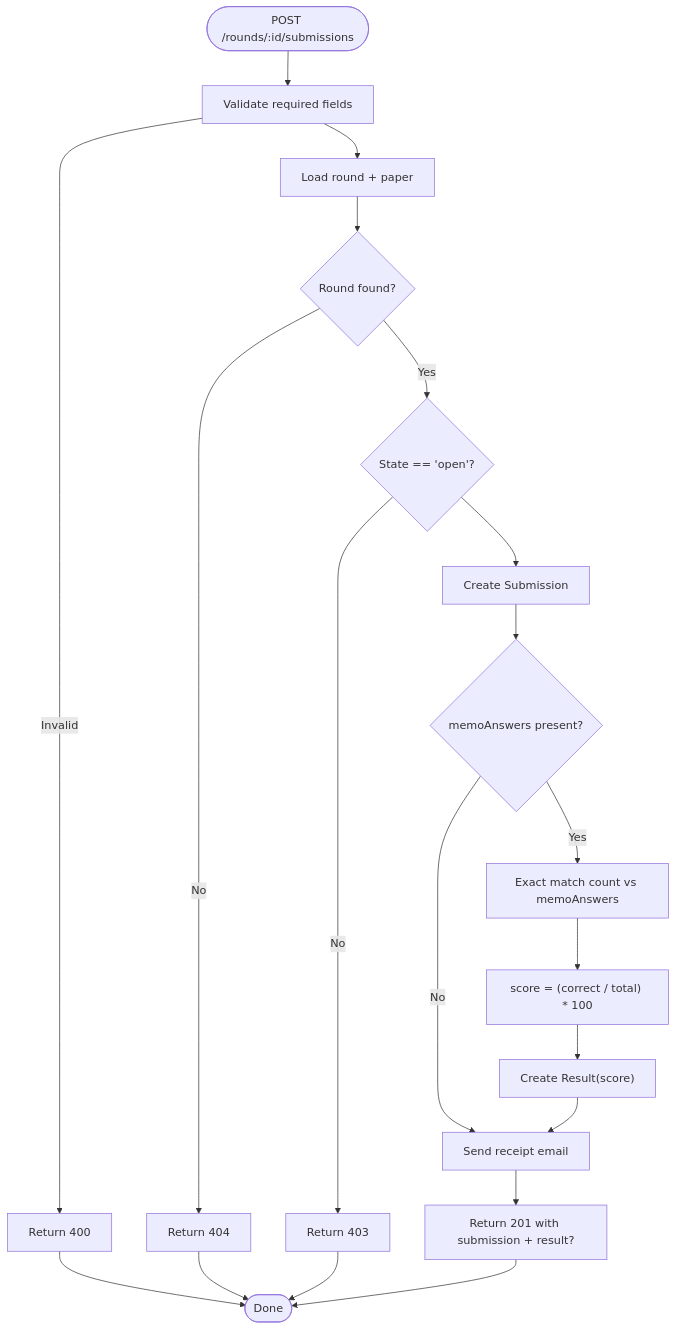
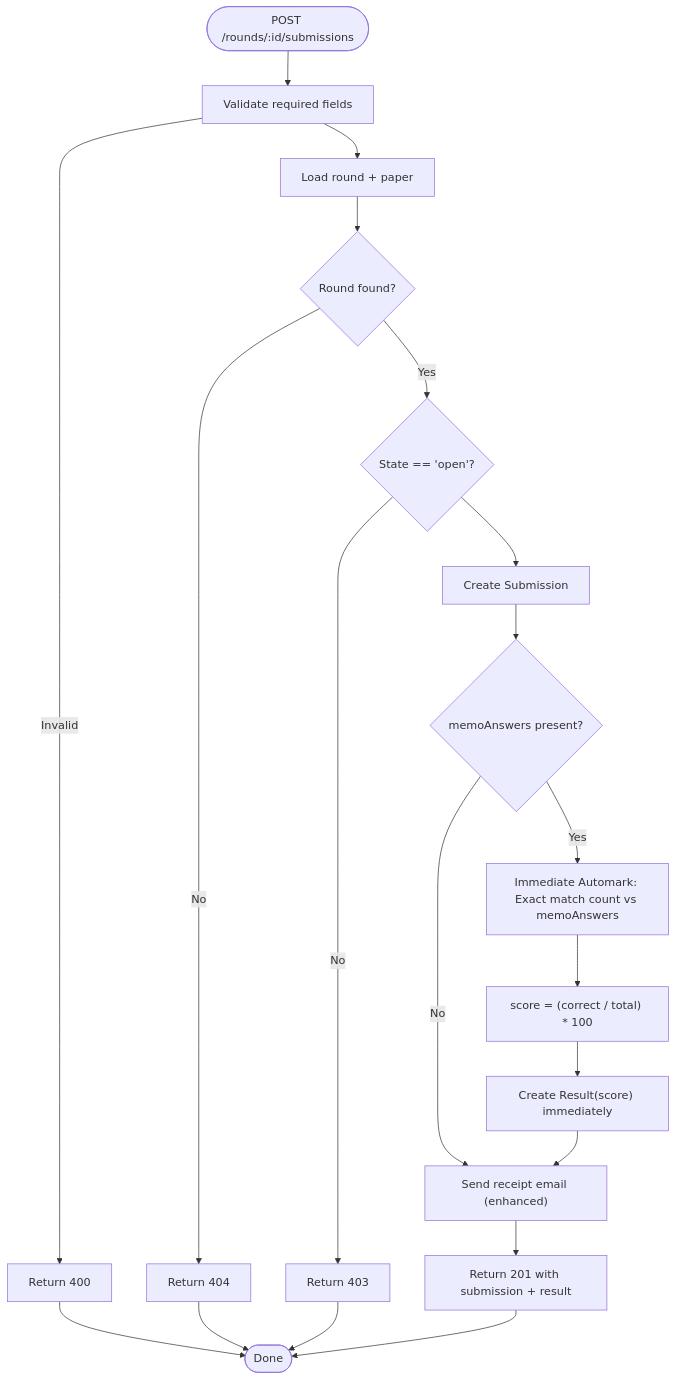
One commit to ZandileMkontwana/olympiad-portal changed the third of 8 diagrams in .qoder/repowiki/en/content/Results & Scoring/Automated Scoring Engine.md. Above: the diagram before and after it, drawn with Mermaid. The commit also changed other lines of this file and 43 other files, not shown here.

````diff
--- a/.qoder/repowiki/en/content/Results & Scoring/Automated Scoring Engine.md
+++ b/.qoder/repowiki/en/content/Results & Scoring/Automated Scoring Engine.md
@@ -141,22 +157,22 @@
 ```mermaid
 flowchart TD
 Start(["POST /rounds/:id/submissions"]) --> Validate["Validate required fields"]
 Validate --> |Invalid| Err400["Return 400"]
 Validate --> LoadRound["Load round + paper"]
 LoadRound --> Found{"Round found?"}
 Found --> |No| Err404["Return 404"]
 Found --> |Yes| StateCheck{"State == 'open'?"}
 StateCheck --> |No| Err403["Return 403"]
 StateCheck --> Persist["Create Submission"]
 Persist --> HasMemo{"memoAnswers present?"}
-HasMemo --> |No| Receipt["Send receipt email"]
-HasMemo --> |Yes| Score["Exact match count vs memoAnswers"]
+HasMemo --> |No| Receipt["Send receipt email (enhanced)"]
+HasMemo --> |Yes| Score["Immediate Automark: Exact match count vs memoAnswers"]
 Score --> Percent["score = (correct / total) * 100"]
-Percent --> SaveResult["Create Result(score)"]
+Percent --> SaveResult["Create Result(score) immediately"]
 SaveResult --> Receipt
-Receipt --> Ok["Return 201 with submission + result?"]
+Receipt --> Ok["Return 201 with submission + result"]
 Err400 --> End(["Done"])
 Err404 --> End
 Err403 --> End
 Ok --> End
 ```
````
